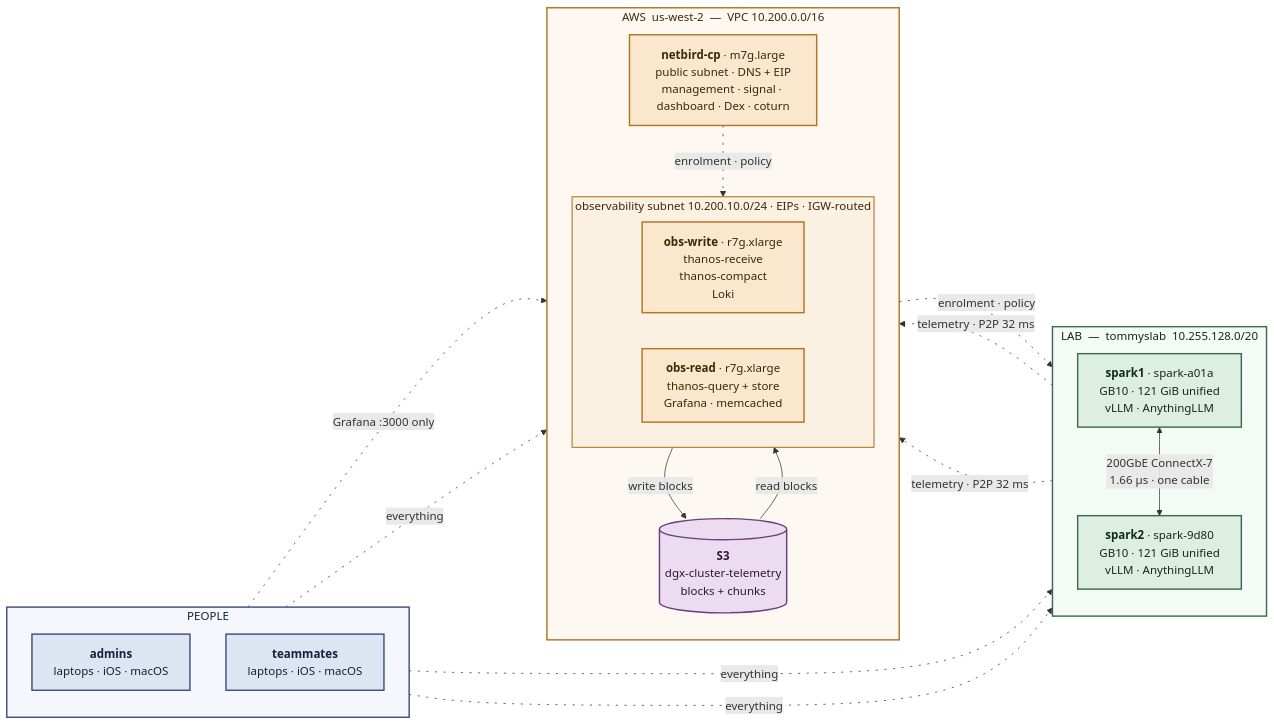
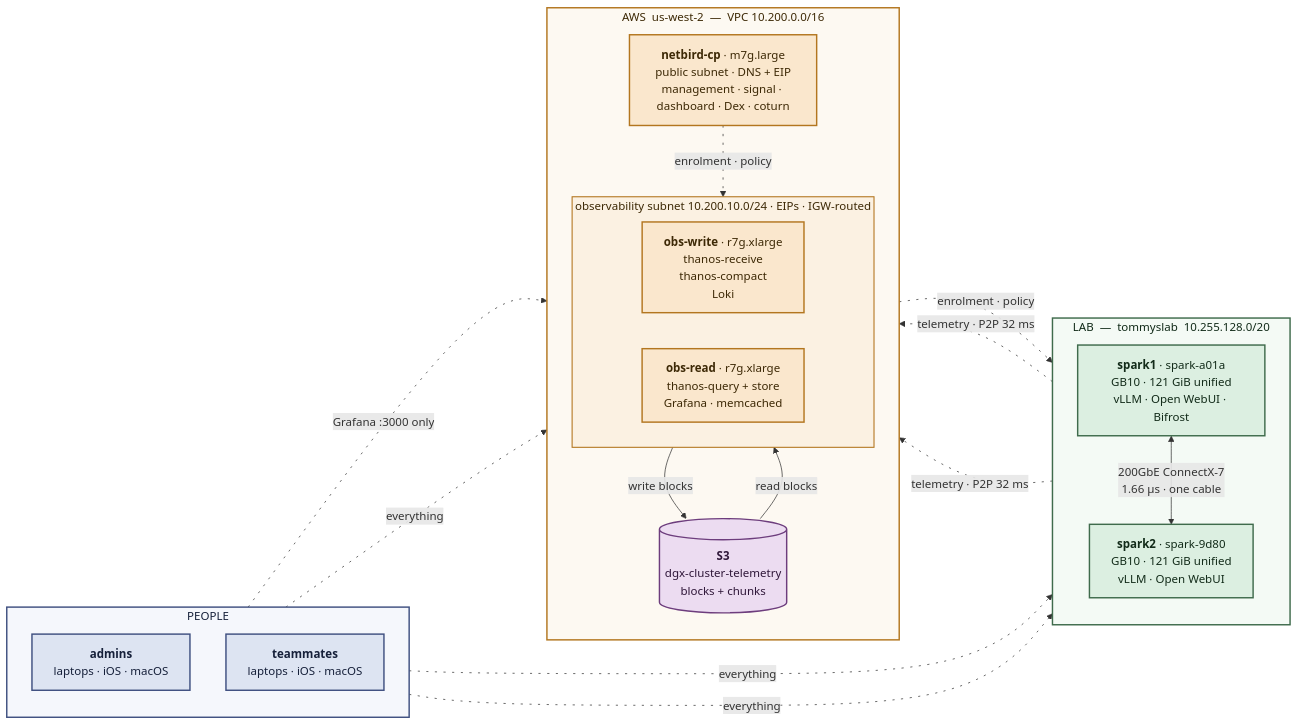
One commit to SudoBasher/dgx-cluster changed the first of 5 diagrams in CLOUD_ARCHITECTURE.md. Above: the diagram before and after it, drawn with Mermaid. The commit also changed 29 other files, not shown here.

````diff
--- a/CLOUD_ARCHITECTURE.md
+++ b/CLOUD_ARCHITECTURE.md
@@ -28,57 +28,57 @@
 ```mermaid
 flowchart LR
 
   subgraph LAB["LAB &nbsp;—&nbsp; tommyslab &nbsp;10.255.128.0/20"]
     direction TB
-    S1["<b>spark1</b> · spark-a01a<br/>GB10 · 121 GiB unified<br/>vLLM · AnythingLLM"]
-    S2["<b>spark2</b> · spark-9d80<br/>GB10 · 121 GiB unified<br/>vLLM · AnythingLLM"]
+    S1["<b>spark1</b> · spark-a01a<br/>GB10 · 121 GiB unified<br/>vLLM · Open WebUI · Bifrost"]
+    S2["<b>spark2</b> · spark-9d80<br/>GB10 · 121 GiB unified<br/>vLLM · Open WebUI"]
     S1 <-->|"200GbE ConnectX-7<br/>1.66 µs · one cable"| S2
   end
 
   subgraph PEOPLE["PEOPLE"]
     direction TB
     AD["<b>admins</b><br/>laptops · iOS · macOS"]
     TM["<b>teammates</b><br/>laptops · iOS · macOS"]
   end
 
   subgraph AWS["AWS &nbsp;us-west-2 &nbsp;—&nbsp; VPC 10.200.0.0/16"]
     direction TB
     CP["<b>netbird-cp</b> · m7g.large<br/>public subnet · DNS + EIP<br/>management · signal · dashboard · Dex · coturn"]
     subgraph OBS["observability subnet 10.200.10.0/24 · EIPs · IGW-routed"]
       direction LR
       OW["<b>obs-write</b> · r7g.xlarge<br/>thanos-receive<br/>thanos-compact<br/>Loki"]
       OR["<b>obs-read</b> · r7g.xlarge<br/>thanos-query + store<br/>Grafana · memcached"]
     end
     S3[("<b>S3</b><br/>dgx-cluster-telemetry<br/>blocks + chunks")]
     OW -- "write blocks" --> S3
     S3 -- "read blocks" --> OR
   end
 
   S1 -. "telemetry · P2P 32 ms" .-> OW
   S2 -. "telemetry · P2P 32 ms" .-> OW
   AD -. "everything" .-> OBS
   AD -. "everything" .-> LAB
   TM -. "Grafana :3000 only" .-> OR
   TM -. "everything" .-> LAB
 
   CP -. "enrolment · policy" .-> LAB
   CP -. "enrolment · policy" .-> OBS
 
   %% Widen the gaps on the dotted overlay edges; mermaid defaults to a tight 3.
   linkStyle 3,4,5,6,7,8,9,10 stroke-dasharray: 3 9
 
   classDef lab fill:#dcefe1,stroke:#3f6b4c,stroke-width:2px,color:#122b19
   classDef aws fill:#fae7cd,stroke:#b3761f,stroke-width:2px,color:#3d2906
   classDef ppl fill:#dde4f2,stroke:#3f5080,stroke-width:2px,color:#16203a
   classDef store fill:#ecdcf1,stroke:#6d3d7d,stroke-width:2px,color:#2f1739
   class S1,S2 lab
   class CP,OW,OR aws
   class AD,TM ppl
   class S3 store
 
   %% Zone tints. Without these every subgraph renders the same default yellow.
   style LAB    fill:#f4faf5,stroke:#3f6b4c,stroke-width:2px,color:#122b19
   style PEOPLE fill:#f5f7fc,stroke:#3f5080,stroke-width:2px,color:#16203a
   style AWS    fill:#fdf9f2,stroke:#b3761f,stroke-width:2px,color:#3d2906
   style OBS    fill:#fbf1e2,stroke:#b3761f,stroke-width:1.5px,color:#3d2906
 ```
````
